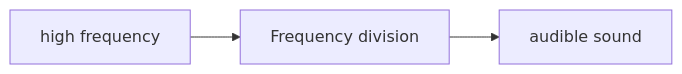
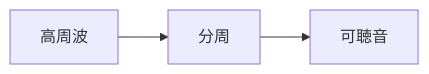
One commit to monumental-movement/monumental-movement.github.io changed the third of 5 diagrams in en/_posts/2026-04-11-column-lunetta-cmos.md. Above: the diagram before and after it, drawn with Mermaid. The commit also changed other lines of this file and 2196 other files, not shown here.

```diff
--- a/en/_posts/2026-04-11-column-lunetta-cmos.md
+++ b/en/_posts/2026-04-11-column-lunetta-cmos.md
@@ -171,5 +170,5 @@
 <div class="mermaid">
 flowchart LR
-HF[high frequency] --> DIV[Frequency division]
-DIV --> AUD[audible sound]
+HF[高周波] --> DIV[分周]
+DIV --> AUD[可聴音]
 </div>
```
